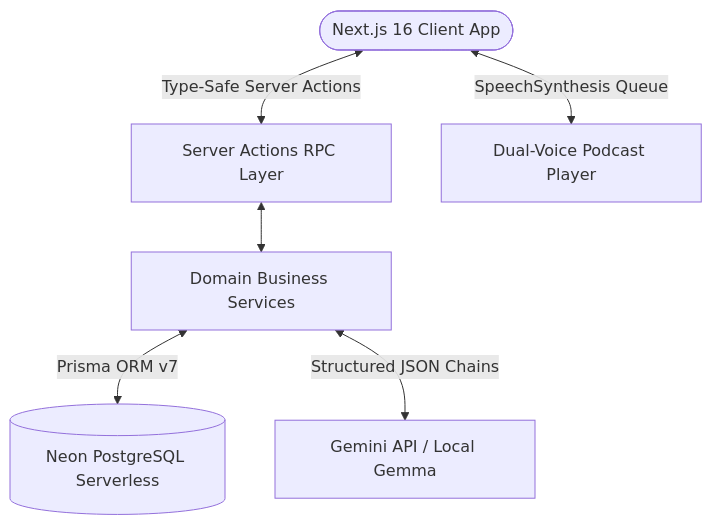
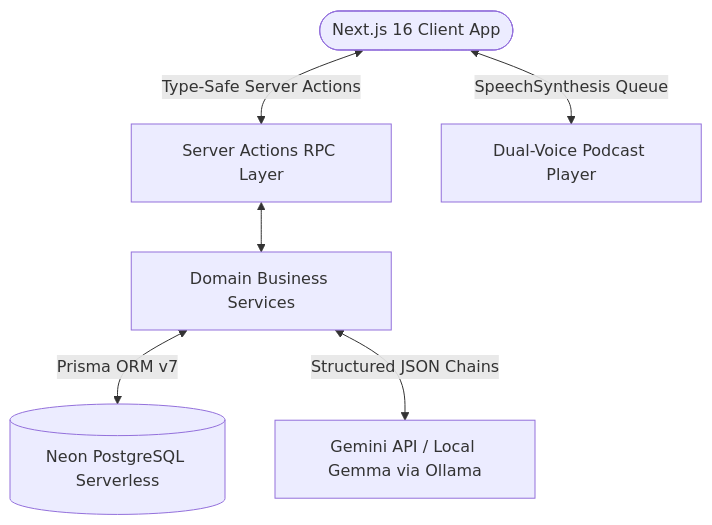
One commit to HarshLileshShah/studytest-ai changed the diagram in README.md. Above: the diagram before and after it, drawn with Mermaid. The commit also changed other lines of this file and 3 other files, not shown here.

````diff
--- a/README.md
+++ b/README.md
@@ -58,8 +82,8 @@
 ```mermaid
 graph TD
     User([Next.js 16 Client App]) <-->|Type-Safe Server Actions| SA[Server Actions RPC Layer]
     SA <--> Services[Domain Business Services]
     Services <-->|Prisma ORM v7| NeonDB[(Neon PostgreSQL Serverless)]
-    Services <-->|Structured JSON Chains| AI[Gemini API / Local Gemma]
+    Services <-->|Structured JSON Chains| AI[Gemini API / Local Gemma via Ollama]
     User <-->|SpeechSynthesis Queue| Audio[Dual-Voice Podcast Player]
 ```
````
